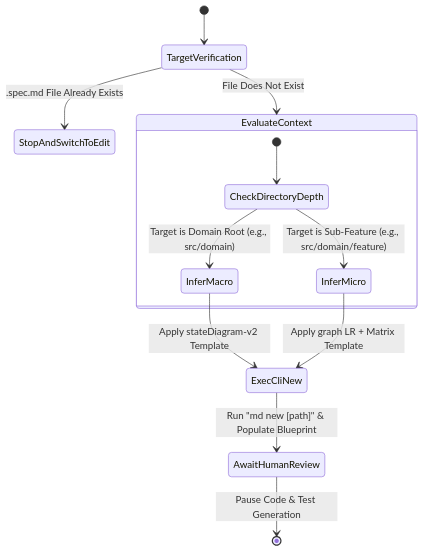
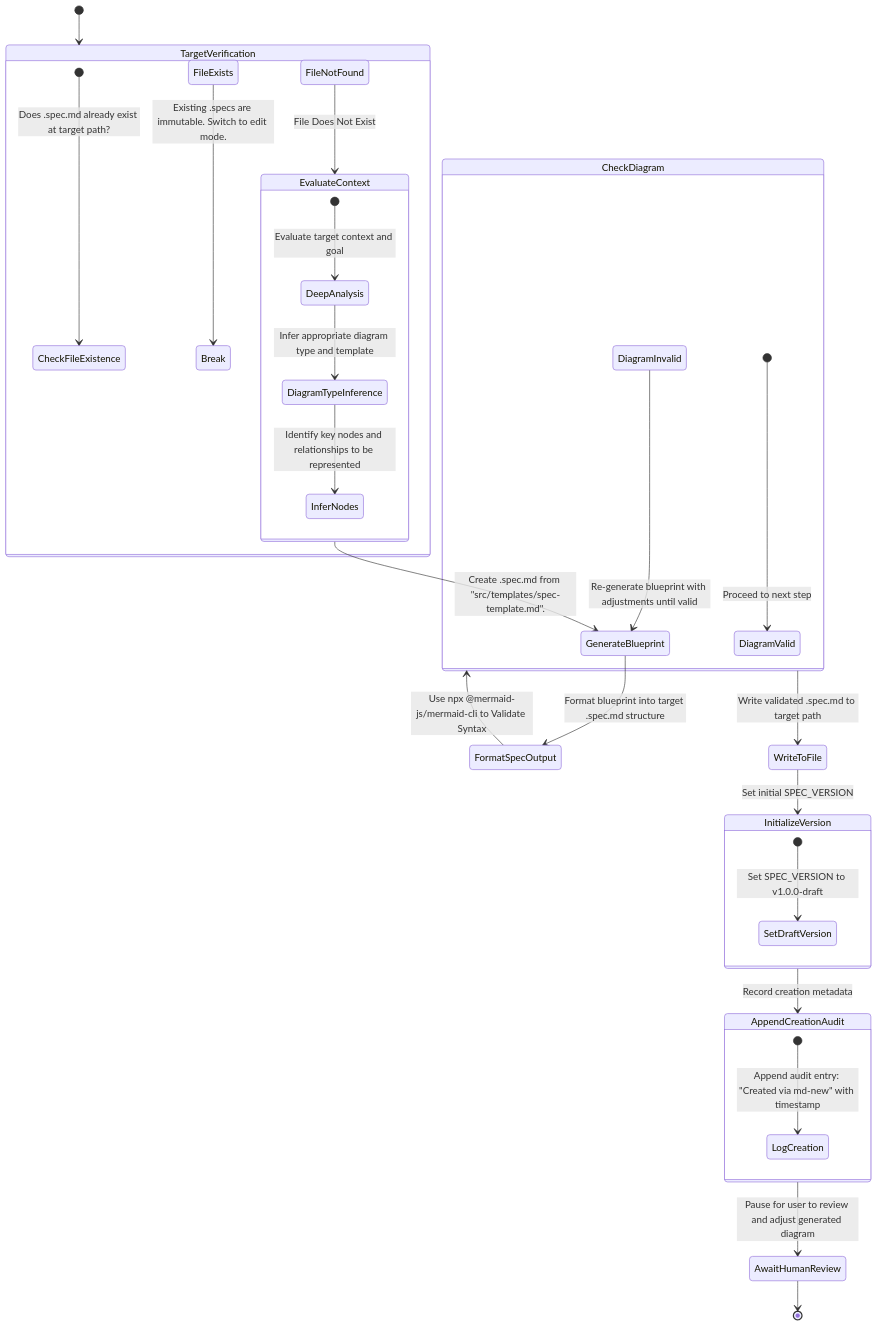
Before and after one commit to JulioCRFilho/mermaid-diagram-driven-development: the diagram in .agents/skills/md-new/SKILL.md, drawn with Mermaid. The commit also changed other lines of this file and 10 other files, not shown here.

````diff
--- a/.agents/skills/md-new/SKILL.md
+++ b/.agents/skills/md-new/SKILL.md
@@ -3,19 +3,42 @@
 ```mermaid
-%% @spec-version v1.1.0
+%% @spec-version v1.3.1
 stateDiagram-v2
     [*] --> TargetVerification
-    TargetVerification --> StopAndSwitchToEdit: .spec.md File Already Exists
-    TargetVerification --> EvaluateContext: File Does Not Exist
-    
-    state EvaluateContext {
-        [*] --> CheckDirectoryDepth
-        CheckDirectoryDepth --> InferMacro: Target is Domain Root (e.g., src/domain)
-        CheckDirectoryDepth --> InferMicro: Target is Sub-Feature (e.g., src/domain/feature)
+
+    state TargetVerification {
+        [*] --> CheckFileExistence: Does .spec.md already exist at target path?
+        FileExists --> Break: Existing .specs are immutable. Switch to edit mode.
+        FileNotFound --> EvaluateContext: File Does Not Exist
     }
 
-    InferMacro --> ExecCliNew: Apply stateDiagram-v2 Template
-    InferMicro --> ExecCliNew: Apply graph LR + Matrix Template
-    
-    ExecCliNew --> AwaitHumanReview: Run "md new [path]" & Populate Blueprint
-    AwaitHumanReview --> [*]: Pause Code & Test Generation
+    state EvaluateContext {
+        [*] --> DeepAnalysis: Evaluate target context and goal
+        DeepAnalysis --> DiagramTypeInference: Infer appropriate diagram type and template
+        DiagramTypeInference --> InferNodes: Identify key nodes and relationships to be represented
+    }
+
+    EvaluateContext --> GenerateBlueprint: Create .spec.md from "src/templates/spec-template.md".
+    GenerateBlueprint --> FormatSpecOutput: Format blueprint into target .spec.md structure
+    FormatSpecOutput --> CheckDiagram: Use npx @mermaid-js/mermaid-cli to Validate Syntax
+
+    state CheckDiagram {
+        [*] --> DiagramValid: Proceed to next step
+        DiagramInvalid --> GenerateBlueprint: Re-generate blueprint with adjustments until valid
+    }
+        
+    CheckDiagram --> WriteToFile: Write validated .spec.md to target path
+    WriteToFile --> InitializeVersion: Set initial SPEC_VERSION
+
+    state InitializeVersion {
+        [*] --> SetDraftVersion: Set SPEC_VERSION to v1.0.0-draft
+    }
+
+    InitializeVersion --> AppendCreationAudit: Record creation metadata
+
+    state AppendCreationAudit {
+        [*] --> LogCreation: Append audit entry: "Created via md-new" with timestamp
+    }
+
+    AppendCreationAudit --> AwaitHumanReview: Pause for user to review and adjust generated diagram
+    AwaitHumanReview --> [*]
 ```
````
